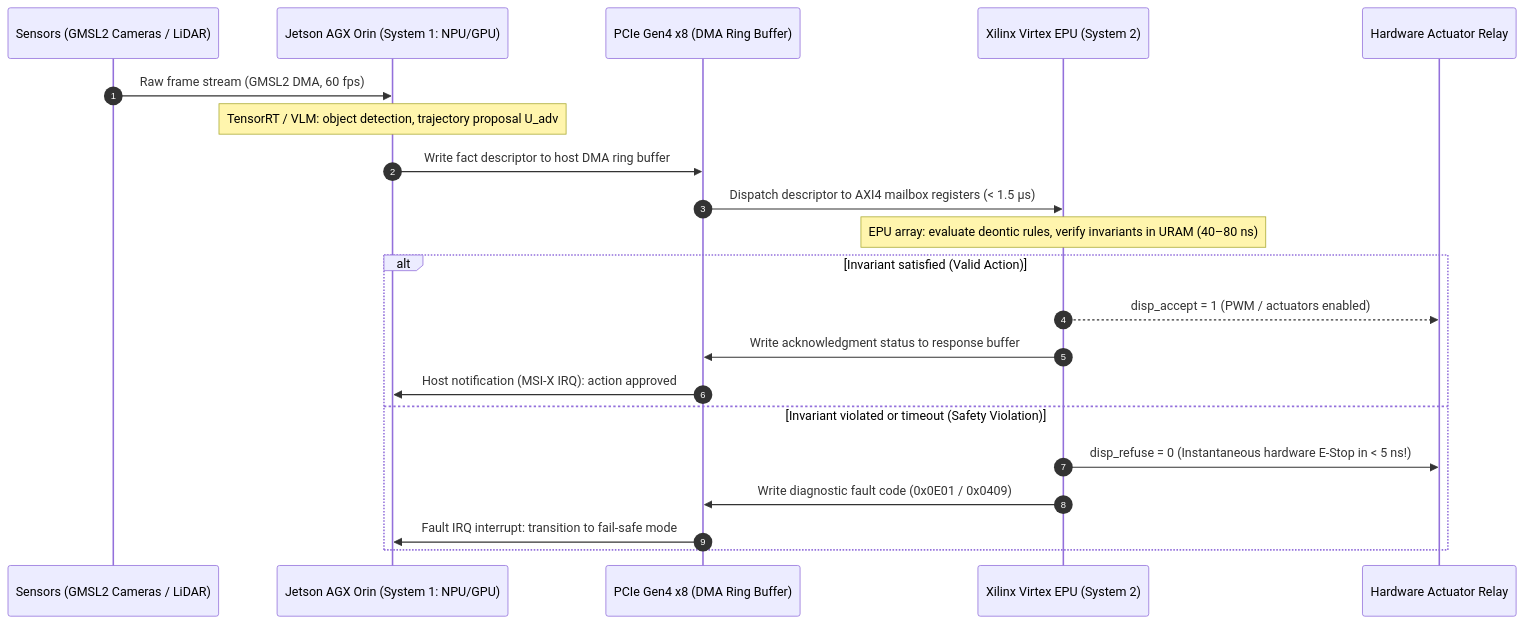
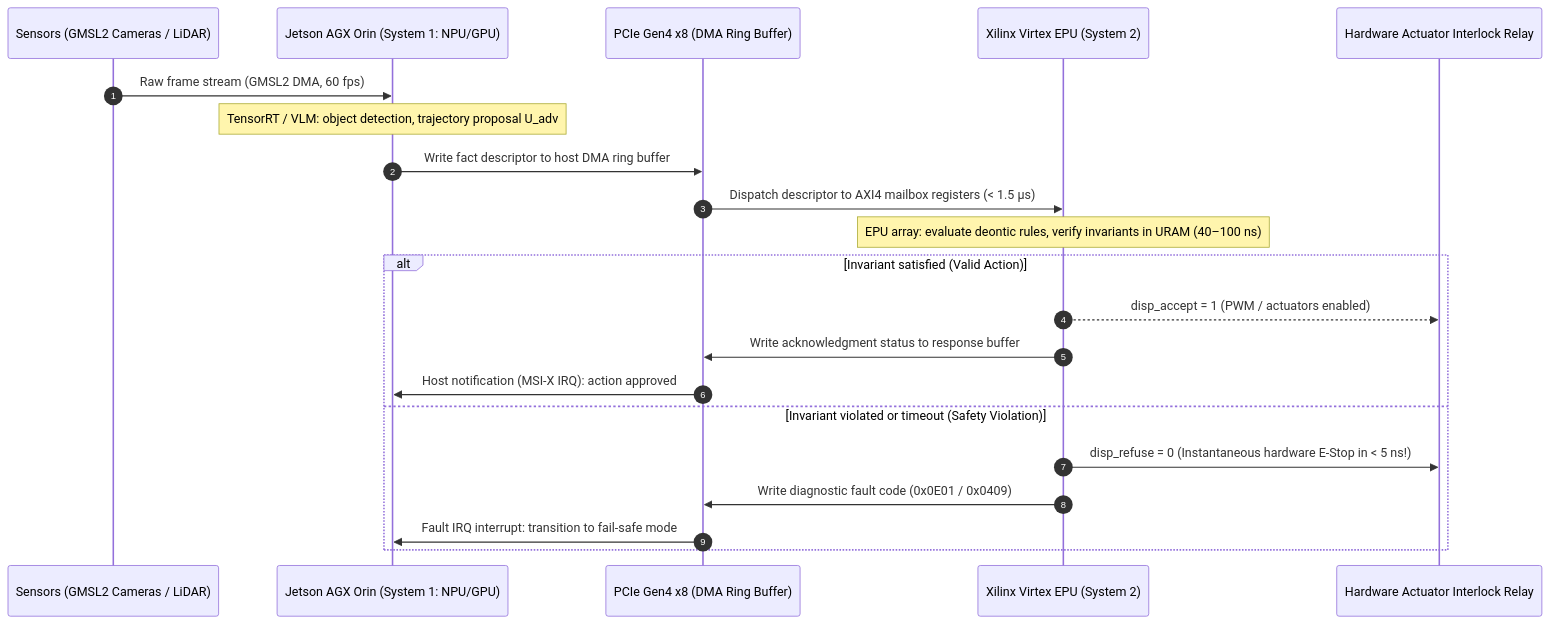
One commit to nick-fedchik/articles changed the fourth of 12 diagrams in ExpertSystem/translations/en/appendix-b-robotics-and-cyber-physical-systems.md. Above: the diagram before and after it, drawn with Mermaid. The commit also changed other lines of this file and 3 other files, not shown here.

````diff
--- a/ExpertSystem/translations/en/appendix-b-robotics-and-cyber-physical-systems.md
+++ b/ExpertSystem/translations/en/appendix-b-robotics-and-cyber-physical-systems.md
@@ -298,26 +298,26 @@
 ```mermaid
 sequenceDiagram
-    accTitle: Heterogeneous Tandem Interaction Protocol Between Jetson Orin and Xilinx Virtex
-    accDescr: Sequence of sensor acquisition, DMA transfer, FPGA EPU evaluation, and actuator interlock signaling.
+    accTitle: Interaction Protocol Between Jetson AGX Orin and Xilinx Virtex UltraScale+ via PCIe
+    accDescr: Sequence of action descriptor transmission from NPU to EPU with hardware actuator cutoff in 5 ns.
     autonumber
     participant Sensor as Sensors (GMSL2 Cameras / LiDAR)
     participant Orin as Jetson AGX Orin (System 1: NPU/GPU)
     participant PCIe as PCIe Gen4 x8 (DMA Ring Buffer)
     participant Virtex as Xilinx Virtex EPU (System 2)
-    participant Actuator as Hardware Actuator Relay
+    participant Actuator as Hardware Actuator Interlock Relay
 
     Sensor->>Orin: Raw frame stream (GMSL2 DMA, 60 fps)
     Note over Orin: TensorRT / VLM: object detection, trajectory proposal U_adv
     Orin->>PCIe: Write fact descriptor to host DMA ring buffer
     PCIe->>Virtex: Dispatch descriptor to AXI4 mailbox registers (< 1.5 μs)
-    Note over Virtex: EPU array: evaluate deontic rules, verify invariants in URAM (40–80 ns)
+    Note over Virtex: EPU array: evaluate deontic rules, verify invariants in URAM (40–100 ns)
     alt Invariant satisfied (Valid Action)
         Virtex-->>Actuator: disp_accept = 1 (PWM / actuators enabled)
         Virtex->>PCIe: Write acknowledgment status to response buffer
         PCIe->>Orin: Host notification (MSI-X IRQ): action approved
     else Invariant violated or timeout (Safety Violation)
         Virtex->>Actuator: disp_refuse = 0 (Instantaneous hardware E-Stop in < 5 ns!)
         Virtex->>PCIe: Write diagnostic fault code (0x0E01 / 0x0409)
         PCIe->>Orin: Fault IRQ interrupt: transition to fail-safe mode
     end
 ```
````
